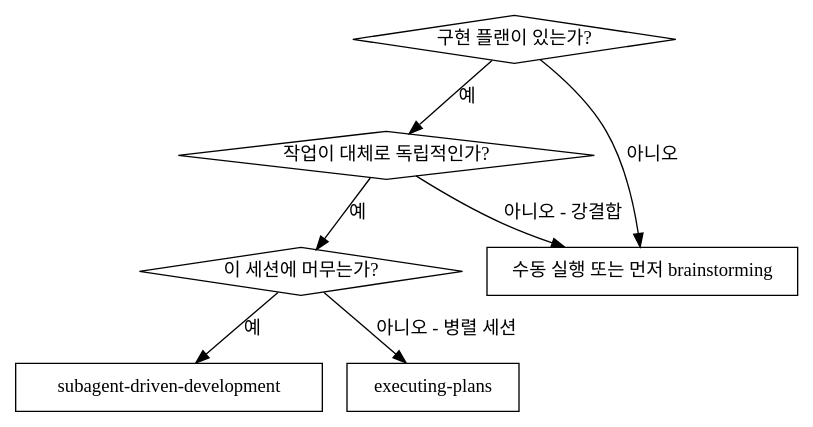
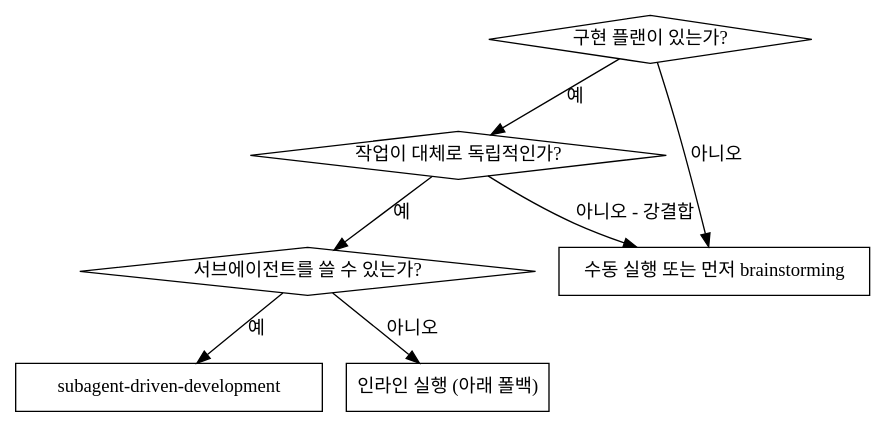
One commit to hicucu/my-poor-ai changed the first of 2 diagrams in skills/subagent-driven-development/SKILL.md. Above: the diagram before and after it, drawn with Graphviz. The commit also changed other lines of this file and 26 other files, not shown here.

````diff
--- a/skills/subagent-driven-development/SKILL.md
+++ b/skills/subagent-driven-development/SKILL.md
@@ -18,17 +18,17 @@
 ```dot
 digraph when_to_use {
     "구현 플랜이 있는가?" [shape=diamond];
     "작업이 대체로 독립적인가?" [shape=diamond];
-    "이 세션에 머무는가?" [shape=diamond];
+    "서브에이전트를 쓸 수 있는가?" [shape=diamond];
     "subagent-driven-development" [shape=box];
-    "executing-plans" [shape=box];
+    "인라인 실행 (아래 폴백)" [shape=box];
     "수동 실행 또는 먼저 brainstorming" [shape=box];
 
     "구현 플랜이 있는가?" -> "작업이 대체로 독립적인가?" [label="예"];
     "구현 플랜이 있는가?" -> "수동 실행 또는 먼저 brainstorming" [label="아니오"];
-    "작업이 대체로 독립적인가?" -> "이 세션에 머무는가?" [label="예"];
+    "작업이 대체로 독립적인가?" -> "서브에이전트를 쓸 수 있는가?" [label="예"];
     "작업이 대체로 독립적인가?" -> "수동 실행 또는 먼저 brainstorming" [label="아니오 - 강결합"];
-    "이 세션에 머무는가?" -> "subagent-driven-development" [label="예"];
-    "이 세션에 머무는가?" -> "executing-plans" [label="아니오 - 병렬 세션"];
+    "서브에이전트를 쓸 수 있는가?" -> "subagent-driven-development" [label="예"];
+    "서브에이전트를 쓸 수 있는가?" -> "인라인 실행 (아래 폴백)" [label="아니오"];
 }
 ```
````
